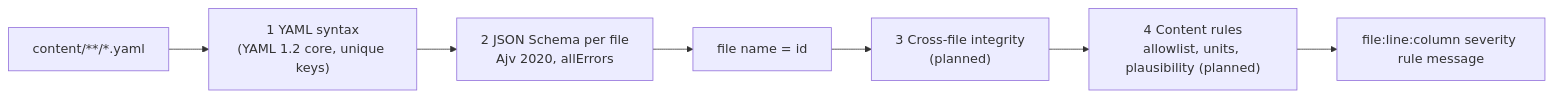
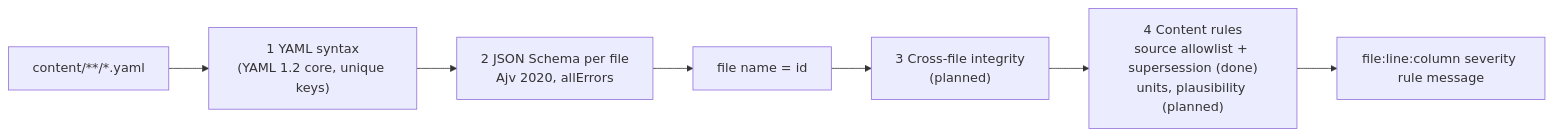
Before and after one commit to tudorgrigoriu90/valvia: the first of 2 diagrams in docs/content-model.md, drawn with Mermaid. The commit also changed other lines of this file and 10 other files, not shown here.

First line of the commit message:
TS-02.3.1: source schema and registry rules

````diff
--- a/docs/content-model.md
+++ b/docs/content-model.md
@@ -9,9 +9,9 @@
 ```mermaid
 flowchart LR
     yaml["content/**/*.yaml"] --> syntax["1 YAML syntax<br/>(YAML 1.2 core, unique keys)"]
     syntax --> schema["2 JSON Schema per file<br/>Ajv 2020, allErrors"]
     schema --> name["file name = id"]
     name --> cross["3 Cross-file integrity<br/>(planned)"]
-    cross --> rules["4 Content rules<br/>allowlist, units, plausibility (planned)"]
+    cross --> rules["4 Content rules<br/>source allowlist + supersession (done)<br/>units, plausibility (planned)"]
     rules --> out["file:line:column severity rule message"]
 ```
````
